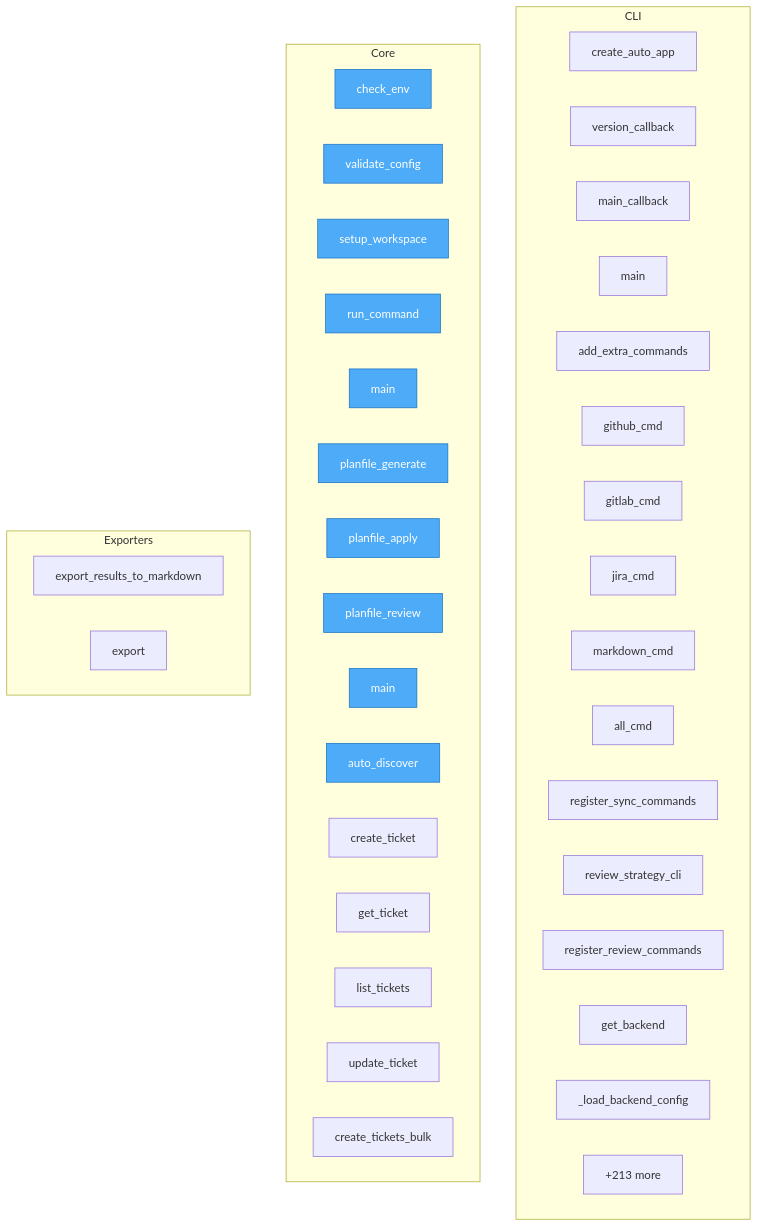
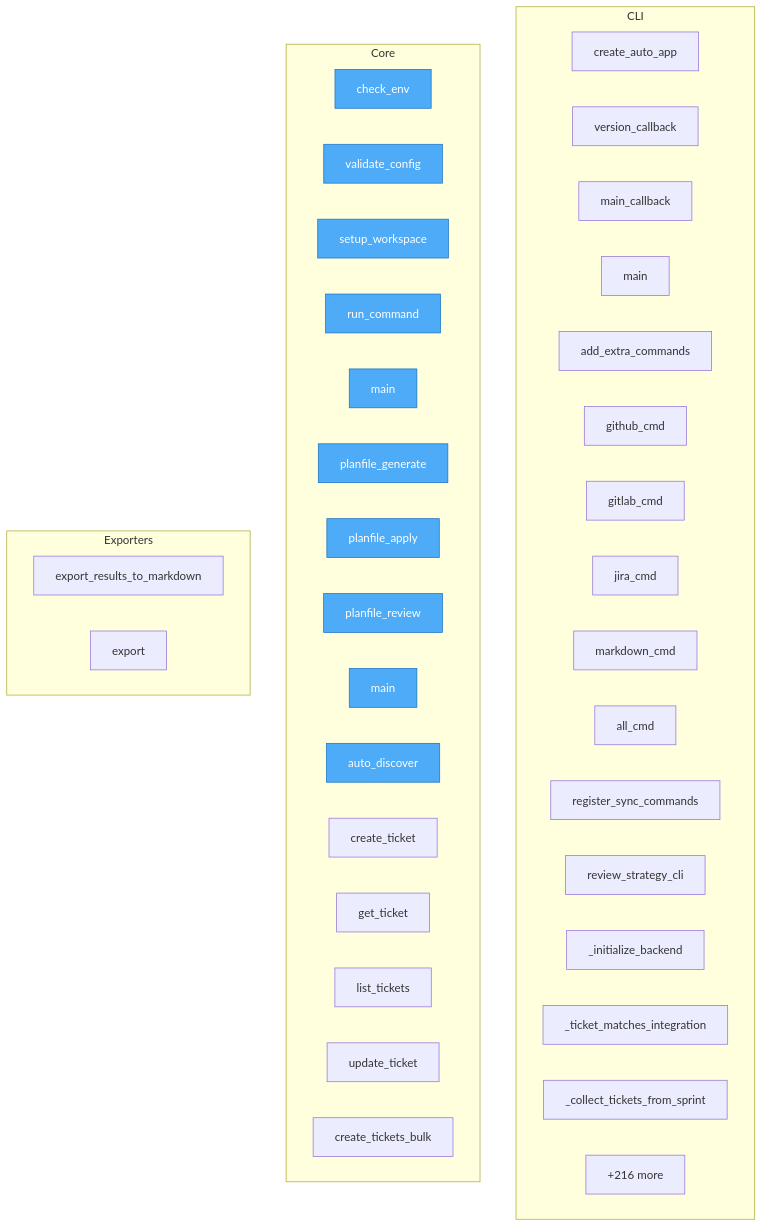
The diagram in project/flow.mmd (semcod/planfile), drawn with Mermaid before and after one commit. The commit also changed 68 other files, not shown here.

```diff
--- a/project/flow.mmd
+++ b/project/flow.mmd
@@ -1,49 +1,49 @@
 flowchart TD
 
     %% Entry points (blue)
     classDef entry fill:#4dabf7,stroke:#1971c2,color:#fff
 
     subgraph CLI
         planfile__cli__auto_loop__create_auto_app["create_auto_app"]
         planfile__cli__commands__version_callback["version_callback"]
         planfile__cli__commands__main_callback["main_callback"]
         planfile__cli__commands__main["main"]
         planfile__cli__extra_commands__add_extra_commands["add_extra_commands"]
         planfile__cli__groups__sync__commands__github_cmd["github_cmd"]
         planfile__cli__groups__sync__commands__gitlab_cmd["gitlab_cmd"]
         planfile__cli__groups__sync__commands__jira_cmd["jira_cmd"]
         planfile__cli__groups__sync__commands__markdown_cmd["markdown_cmd"]
         planfile__cli__groups__sync__commands__all_cmd["all_cmd"]
         planfile__cli__groups__sync__register_sync_commands["register_sync_commands"]
         planfile__cli__groups__review__commands__review_strategy_cli["review_strategy_cli"]
-        planfile__cli__groups__review__register_review_commands["register_review_commands"]
-        planfile__cli__groups__review__utils__get_backend["get_backend"]
-        planfile__cli__groups__review__utils___load_backend_config["_load_backend_config"]
-        ...["+124 more"]
+        planfile__cli__groups__sync__core___initialize_backend["_initialize_backend"]
+        planfile__cli__groups__sync__core___ticket_matches_integration["_ticket_matches_integration"]
+        planfile__cli__groups__sync__core___collect_tickets_from_sprint["_collect_tickets_from_sprint"]
+        ...["+127 more"]
     end
 
     subgraph Core
         docker_entrypoint__check_env["check_env"]
         docker_entrypoint__validate_config["validate_config"]
         docker_entrypoint__setup_workspace["setup_workspace"]
         docker_entrypoint__run_command["run_command"]
         docker_entrypoint__main["main"]
         mcp_server_example__planfile_generate["planfile_generate"]
         mcp_server_example__planfile_apply["planfile_apply"]
         mcp_server_example__planfile_review["planfile_review"]
         mcp_server_example__main["main"]
         planfile__Planfile__auto_discover["auto_discover"]
         planfile__Planfile__create_ticket["create_ticket"]
         planfile__Planfile__get_ticket["get_ticket"]
         planfile__Planfile__list_tickets["list_tickets"]
         planfile__Planfile__update_ticket["update_ticket"]
         planfile__Planfile__create_tickets_bulk["create_tickets_bulk"]
-        ...["+213 more"]
+        ...["+216 more"]
     end
 
     subgraph Exporters
         planfile__loaders__cli_loader__export_results_to_markdown["export_results_to_markdown"]
         planfile__core__models__strategy__Strategy__export["export"]
     end
 
     class docker_entrypoint__check_env,docker_entrypoint__validate_config,docker_entrypoint__setup_workspace,docker_entrypoint__run_command,docker_entrypoint__main,mcp_server_example__planfile_generate,mcp_server_example__planfile_apply,mcp_server_example__planfile_review,mcp_server_example__main,planfile__Planfile__auto_discover entry
```
